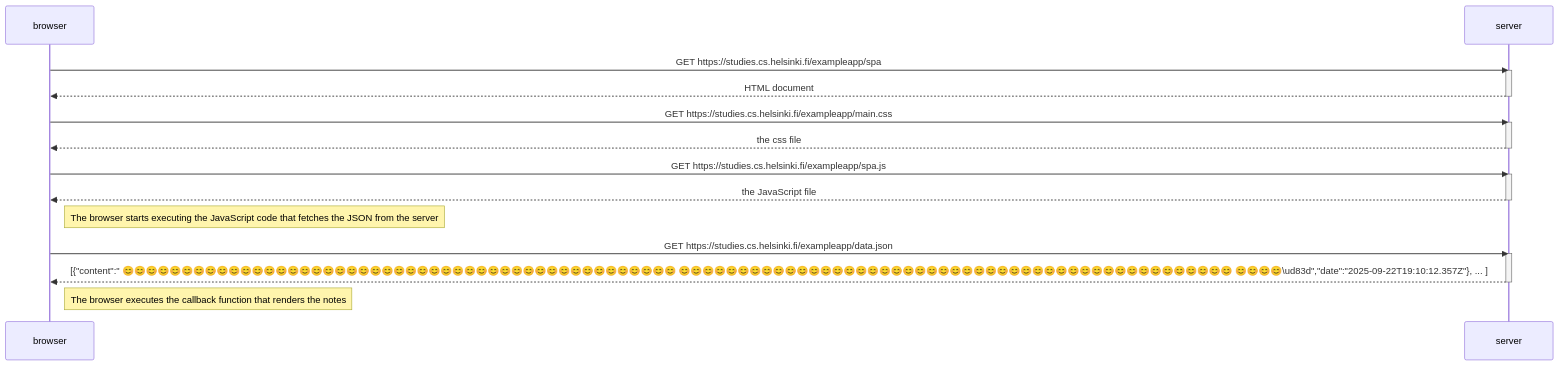
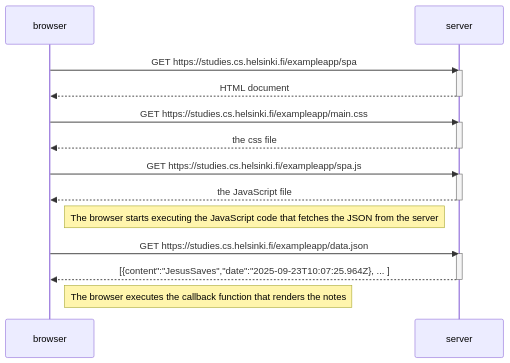
One commit to davidlawal17/FullStackOpen changed the diagram in Part0/0.5: Single page app diagram.md. Above: the diagram before and after it, drawn with Mermaid.

Commit message:
Update 0.5: Single page app diagram.md

````diff
--- a/Part0/0.5: Single page app diagram.md
+++ b/Part0/0.5: Single page app diagram.md
@@ -1,29 +1,29 @@
 ```mermaid
 sequenceDiagram
     participant browser
     participant server
 
     browser->>server: GET https://studies.cs.helsinki.fi/exampleapp/spa
     activate server
     server-->>browser: HTML document
     deactivate server
 
     browser->>server: GET https://studies.cs.helsinki.fi/exampleapp/main.css
     activate server
     server-->>browser: the css file
     deactivate server
 
     browser->>server: GET https://studies.cs.helsinki.fi/exampleapp/spa.js
     activate server
     server-->>browser: the JavaScript file
     deactivate server
 
     Note right of browser: The browser starts executing the JavaScript code that fetches the JSON from the server
 
     browser->>server: GET https://studies.cs.helsinki.fi/exampleapp/data.json
     activate server
-    server-->>browser: [{"content":" 😊😊😊😊😊😊😊😊😊😊😊😊😊😊😊😊😊😊😊😊😊😊😊😊😊😊😊😊😊😊😊😊😊😊😊😊😊😊😊😊😊😊😊😊😊😊😊 😊😊😊😊😊😊😊😊😊😊😊😊😊😊😊😊😊😊😊😊😊😊😊😊😊😊😊😊😊😊😊😊😊😊😊😊😊😊😊😊😊😊😊😊😊😊😊 😊😊😊😊\ud83d","date":"2025-09-22T19:10:12.357Z"}, ... ]
+    server-->>browser: [{content":"JesusSaves","date":"2025-09-23T10:07:25.964Z}, ... ]
     deactivate server
 
     Note right of browser: The browser executes the callback function that renders the notes
 ```
````
